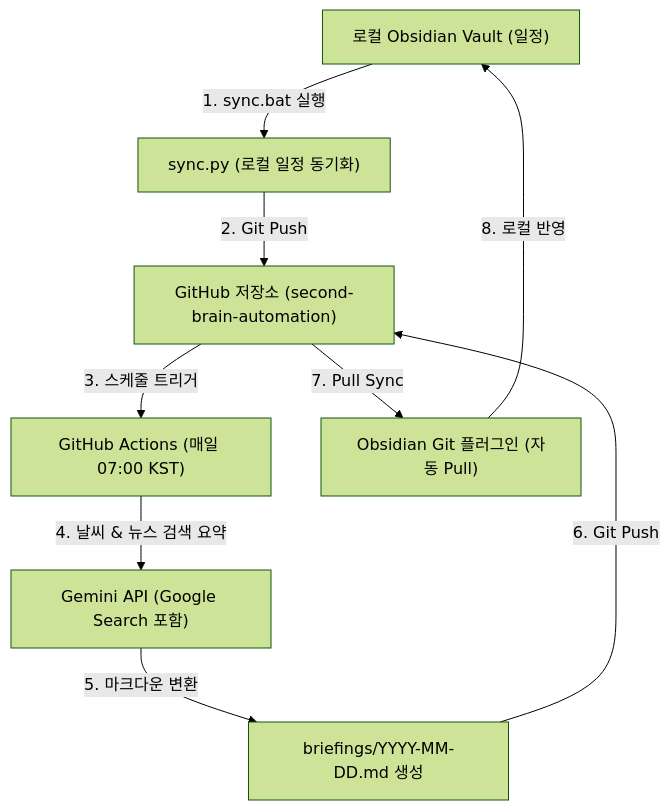
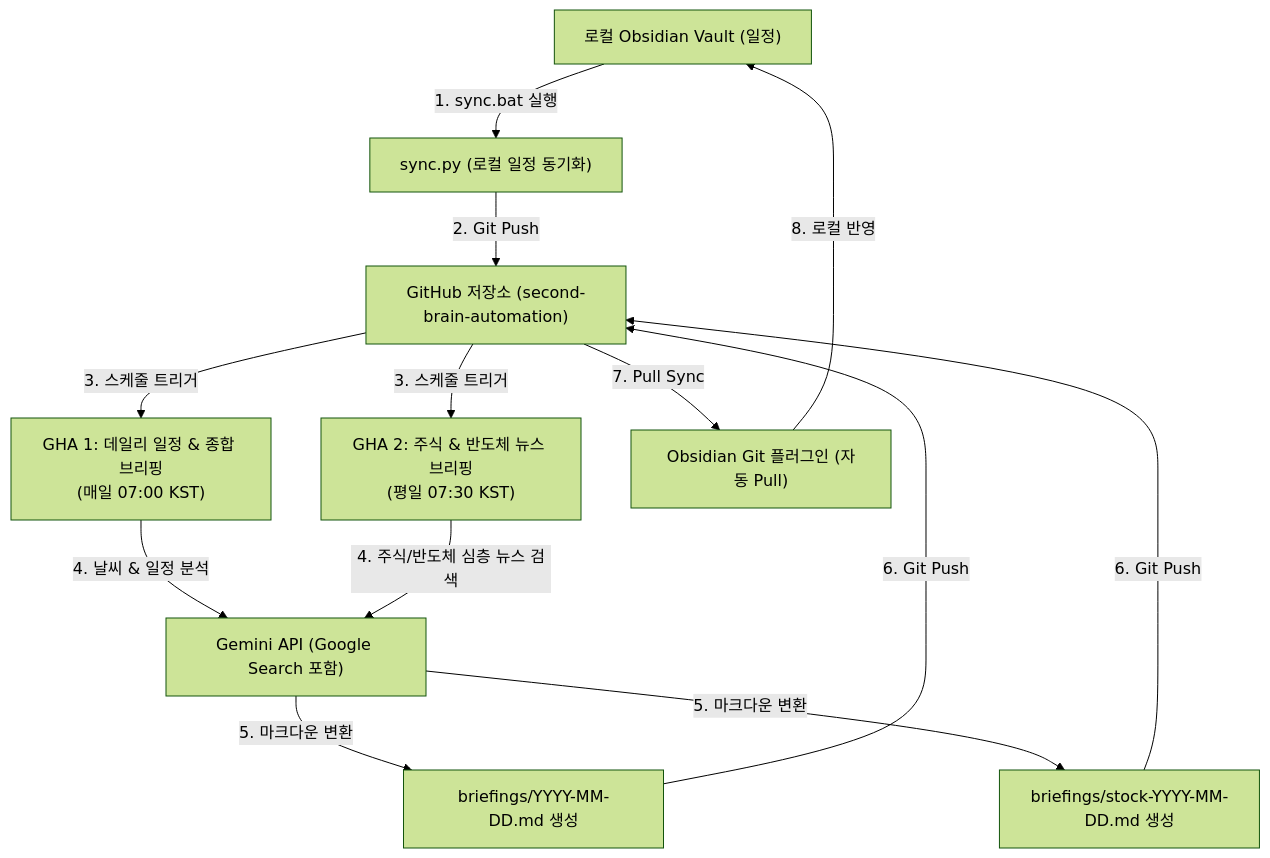
One commit to sisayousm-beep/second-brain changed the diagram in 자동화/세컨드브레인자동화 설정.md. Above: the diagram before and after it, drawn with Mermaid (forest theme). The commit also changed other lines of this file, not shown here.

Commit message:
docs: update automation setup guide with stock news briefing workflow details

````diff
--- a/자동화/세컨드브레인자동화 설정.md
+++ b/자동화/세컨드브레인자동화 설정.md
@@ -18,19 +18,34 @@
 ```mermaid
 graph TD
     LocalVault["로컬 Obsidian Vault (일정)"]
     SyncScript["sync.py (로컬 일정 동기화)"]
     SubRepo["GitHub 저장소 (second-brain-automation)"]
-    GHActions["GitHub Actions (매일 07:00 KST)"]
+    
+    GHActions1["GHA 1: 데일리 일정 & 종합 브리핑<br>(매일 07:00 KST)"]
+    GHActions2["GHA 2: 주식 & 반도체 뉴스 브리핑<br>(평일 07:30 KST)"]
+    
     GeminiAPI["Gemini API (Google Search 포함)"]
-    OutputBriefing["briefings/YYYY-MM-DD.md 생성"]
+    
+    OutputBriefing1["briefings/YYYY-MM-DD.md 생성"]
+    OutputBriefing2["briefings/stock-YYYY-MM-DD.md 생성"]
+    
     ObsidianGit["Obsidian Git 플러그인 (자동 Pull)"]
 
     LocalVault -->|1. sync.bat 실행| SyncScript
     SyncScript -->|2. Git Push| SubRepo
-    SubRepo -->|3. 스케줄 트리거| GHActions
-    GHActions -->|4. 날씨 & 뉴스 검색 요약| GeminiAPI
-    GeminiAPI -->|5. 마크다운 변환| OutputBriefing
-    OutputBriefing -->|6. Git Push| SubRepo
+    
+    SubRepo -->|3. 스케줄 트리거| GHActions1
+    SubRepo -->|3. 스케줄 트리거| GHActions2
+    
+    GHActions1 -->|4. 날씨 & 일정 분석| GeminiAPI
+    GHActions2 -->|4. 주식/반도체 심층 뉴스 검색| GeminiAPI
+    
+    GeminiAPI -->|5. 마크다운 변환| OutputBriefing1
+    GeminiAPI -->|5. 마크다운 변환| OutputBriefing2
+    
+    OutputBriefing1 -->|6. Git Push| SubRepo
+    OutputBriefing2 -->|6. Git Push| SubRepo
+    
     SubRepo -->|7. Pull Sync| ObsidianGit
     ObsidianGit -->|8. 로컬 반영| LocalVault
 ```
````
